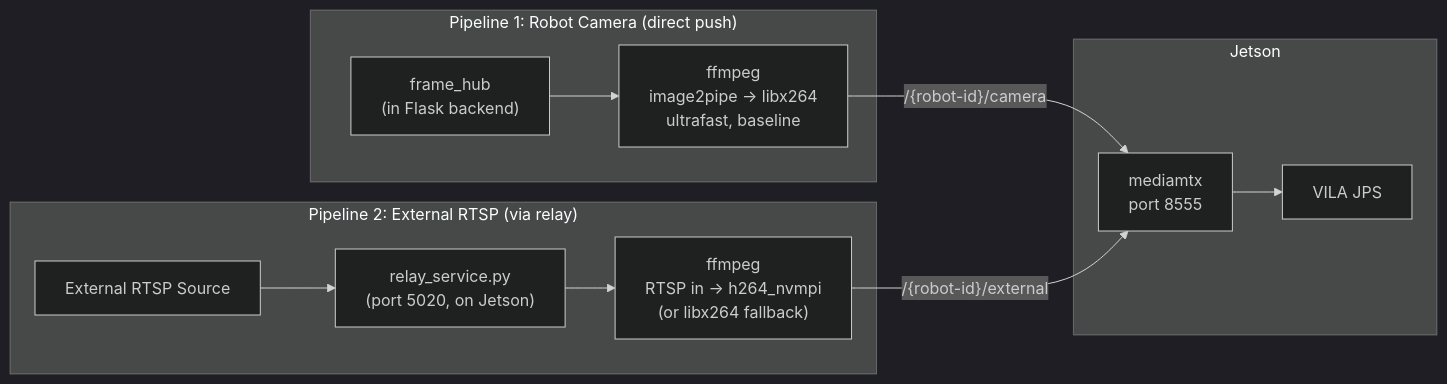
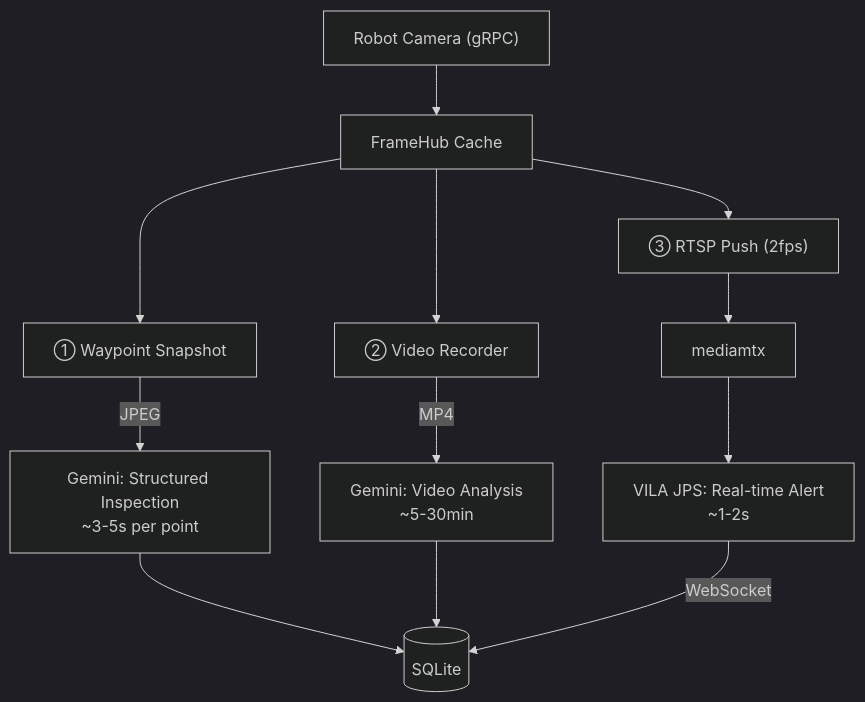
Before and after one commit to sigmarobotics/visual-patrol: the third of 6 diagrams in docs/architecture.md, drawn with Mermaid (dark theme). The commit also changed other lines of this file and 2 other files, not shown here.

First line of the commit message:
docs: rewrite README and architecture docs with Mermaid diagrams

````diff
--- a/docs/architecture.md
+++ b/docs/architecture.md
@@ -276,25 +154,16 @@
 ```mermaid
-graph LR
-    subgraph "Pipeline 1: Robot Camera (direct push)"
-        FH["frame_hub<br/>(in Flask backend)"]
-        FF1["ffmpeg<br/>image2pipe -> libx264<br/>ultrafast, baseline"]
-    end
+graph TD
+    CAM["Robot Camera (gRPC)"] --> FH["FrameHub Cache"]
 
-    subgraph "Pipeline 2: External RTSP (via relay)"
-        EXT["External RTSP Source"]
-        RS["relay_service.py<br/>(port 5020, on Jetson)"]
-        FF2["ffmpeg<br/>RTSP in -> h264_nvmpi<br/>(or libx264 fallback)"]
-    end
+    FH --> PATH1["① Waypoint Snapshot"]
+    FH --> PATH2["② Video Recorder"]
+    FH --> PATH3["③ RTSP Push (2fps)"]
 
-    subgraph "Jetson"
-        MTX["mediamtx<br/>port 8555"]
-        JPS["VILA JPS"]
-    end
+    PATH1 -->|"JPEG"| GEMINI1["Gemini: Structured Inspection<br/>~3-5s per point"]
+    PATH2 -->|"MP4"| GEMINI2["Gemini: Video Analysis<br/>~5-30min"]
+    PATH3 --> MTX["mediamtx"] --> VILA["VILA JPS: Real-time Alert<br/>~1-2s"]
 
-    FH --> FF1
-    FF1 -- "/{robot-id}/camera" --> MTX
-    EXT --> RS
-    RS --> FF2
-    FF2 -- "/{robot-id}/external" --> MTX
-    MTX --> JPS
+    GEMINI1 --> DB[(SQLite)]
+    GEMINI2 --> DB
+    VILA -->|"WebSocket"| DB
 ```
````
